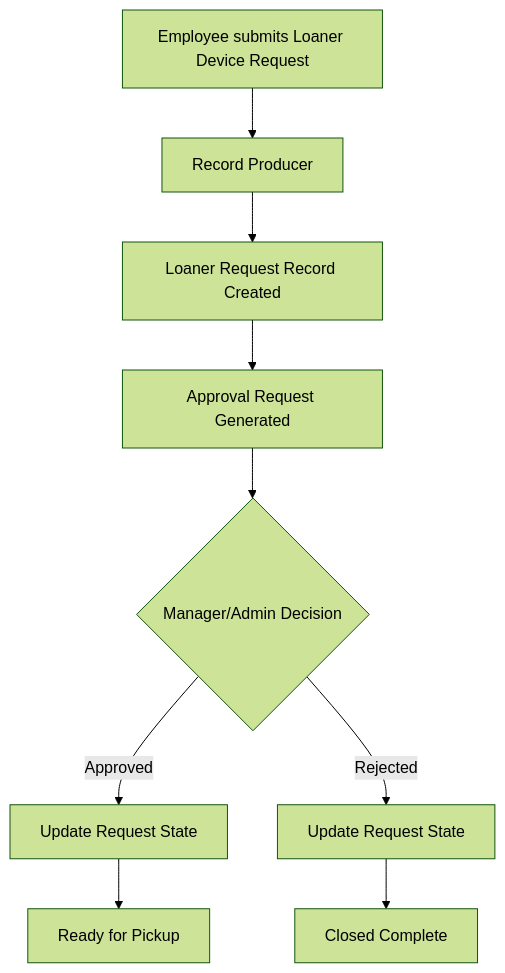
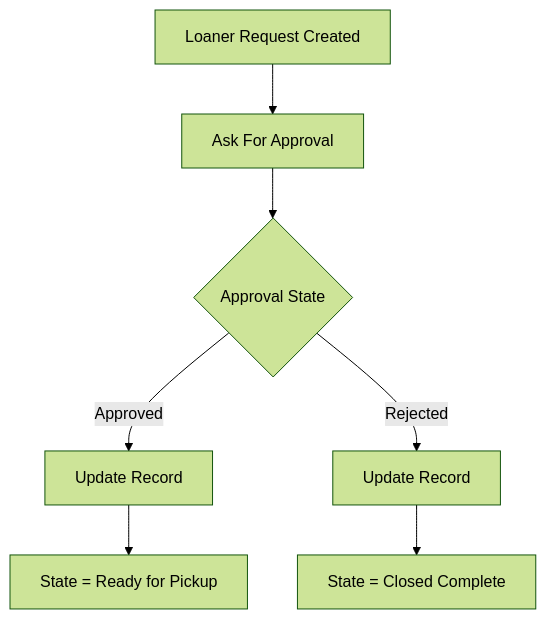
Before and after one commit to somervault/adf_loaner_request: the third of 7 diagrams in README.md, drawn with Mermaid (forest theme). The commit also changed other lines of this file, not shown here.

````diff
--- a/README.md
+++ b/README.md
@@ -119,13 +204,11 @@
 ```mermaid
 flowchart TD
-    A[Employee submits Loaner Device Request] --> B[Record Producer]
-    B --> C[Loaner Request Record Created]
-    C --> D[Approval Request Generated]
-    D --> E{Manager/Admin Decision}
+    A[Loaner Request Created] --> B[Ask For Approval]
+    B --> C{Approval State}
 
-    E -->|Approved| F[Update Request State]
-    F --> G[Ready for Pickup]
+    C -->|Approved| D[Update Record]
+    D --> E[State = Ready for Pickup]
 
-    E -->|Rejected| H[Update Request State]
-    H --> I[Closed Complete]
+    C -->|Rejected| F[Update Record]
+    F --> G[State = Closed Complete]
 ```
````
